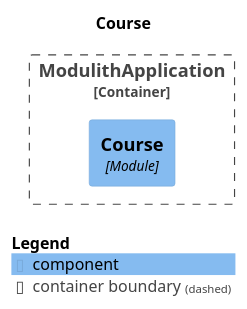
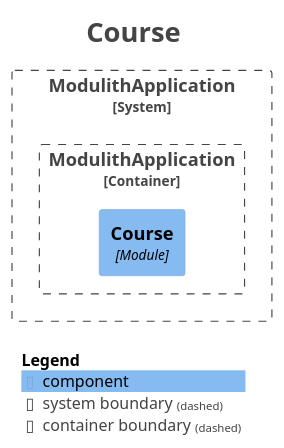
The diagram in modulith/docs/module-course.puml (rashidi/spring-boot-tutorials), drawn with PlantUML before and after one commit. The commit also changed 92 other files, not shown here.

```diff
--- a/modulith/docs/module-course.puml
+++ b/modulith/docs/module-course.puml
@@ -1,17 +1,27 @@
 @startuml
+title <size:24>Course</size>
+
 set separator none
-title Course
+top to bottom direction
 
-top to bottom direction
+<style>
+  root {
+    BackgroundColor: #ffffff
+    FontColor: #444444
+  }
+</style>
 
 !include <C4/C4>
 !include <C4/C4_Context>
 !include <C4/C4_Component>
 
-Container_Boundary("ModulithApplication.ModulithApplication_boundary", "ModulithApplication", $tags="") {
-  Component(ModulithApplication.ModulithApplication.Course, "Course", $techn="Module", $descr="", $tags="", $link="")
+System_Boundary("ModulithApplication_boundary", "ModulithApplication", $tags="") {
+  Container_Boundary("ModulithApplication.ModulithApplication_boundary", "ModulithApplication", $tags="") {
+    Component(ModulithApplication.ModulithApplication.Course, "Course", $techn="Module", $descr="", $tags="", $link="")
+  }
+
 }
 
-
 SHOW_LEGEND(true)
+hide stereotypes
 @enduml
```
